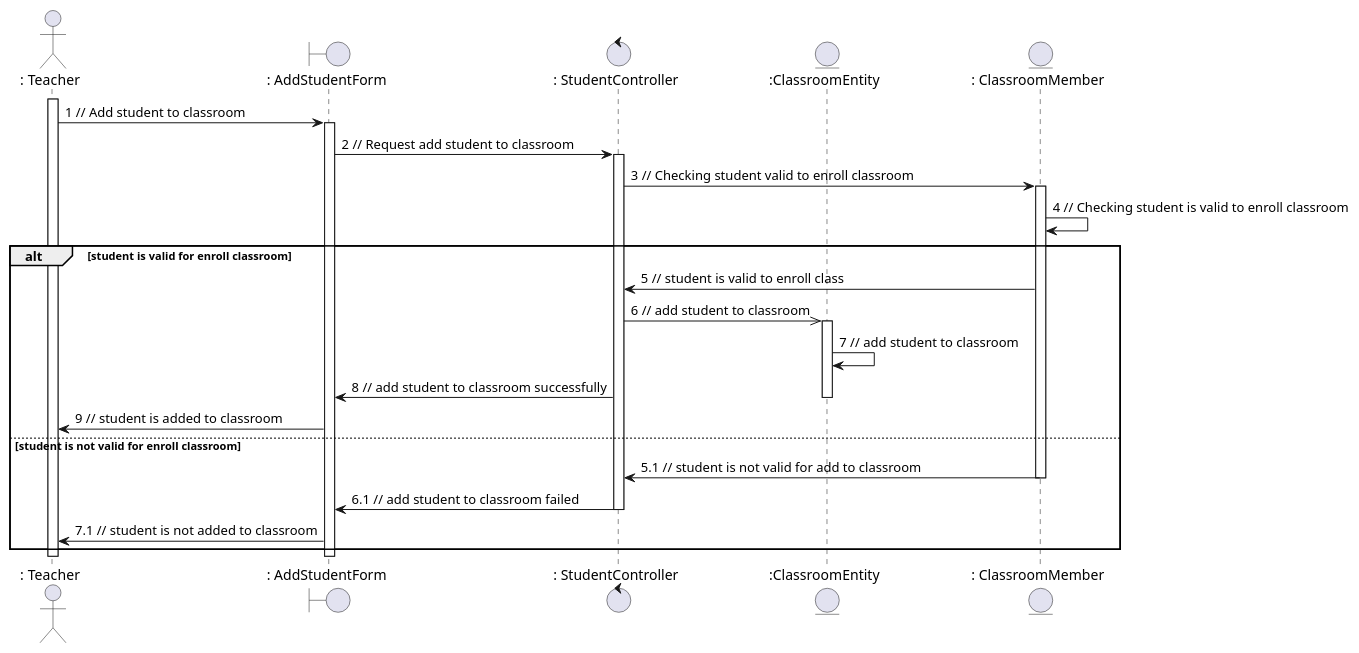
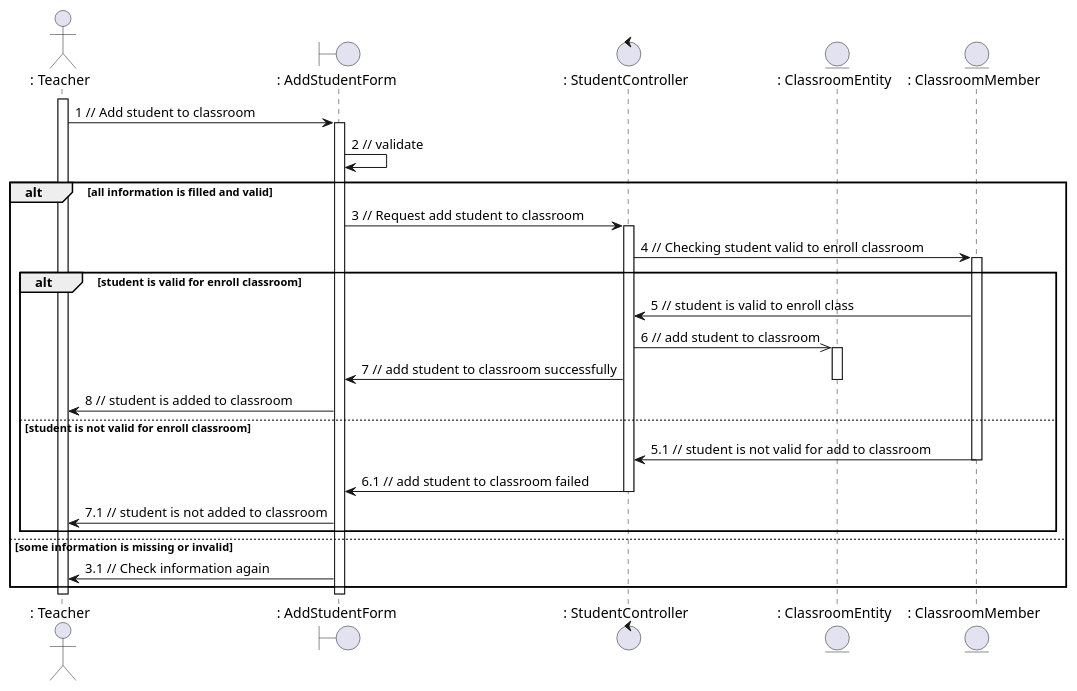
Before and after one commit to anonyhostvn/OOAD-Diagram: the diagram in sequence - analaysis/student /addStudent.plantuml, drawn with PlantUML. The commit also changed 13 other files, not shown here.

```diff
--- a/sequence - analaysis/student /addStudent.plantuml
+++ b/sequence - analaysis/student /addStudent.plantuml
@@ -1,37 +1,40 @@
 @startuml addStudent
 
 actor ": Teacher"
 boundary ": AddStudentForm"
 control ": StudentController"
-entity ":ClassroomEntity"
+entity ": ClassroomEntity"
 entity ": ClassroomMember"
 
 activate ": Teacher"
 ": Teacher" -> ": AddStudentForm": 1 // Add student to classroom
 activate ": AddStudentForm"
-": AddStudentForm" -> ": StudentController": 2 // Request add student to classroom
-activate ": StudentController"
-": StudentController" -> ": ClassroomMember": 3 // Checking student valid to enroll classroom
-activate ": ClassroomMember"
-": ClassroomMember" -> ": ClassroomMember": 4 // Checking student is valid to enroll classroom
-alt student is valid for enroll classroom
-    ": ClassroomMember" -> ": StudentController": 5 // student is valid to enroll class
-    ": StudentController" ->> ":ClassroomEntity": 6 // add student to classroom
-    activate ":ClassroomEntity" 
-    ":ClassroomEntity" -> ":ClassroomEntity": 7 // add student to classroom
-    ": StudentController" -> ": AddStudentForm": 8 // add student to classroom successfully
-    deactivate ":ClassroomEntity"
-    ": AddStudentForm" -> ": Teacher": 9 // student is added to classroom
+": AddStudentForm" -> ": AddStudentForm": 2 // validate 
+alt all information is filled and valid
+    ": AddStudentForm" -> ": StudentController": 3 // Request add student to classroom
+    activate ": StudentController"
+    ": StudentController" -> ": ClassroomMember": 4 // Checking student valid to enroll classroom
+    activate ": ClassroomMember"
+    alt student is valid for enroll classroom
+        ": ClassroomMember" -> ": StudentController": 5 // student is valid to enroll class
+        ": StudentController" ->> ": ClassroomEntity": 6 // add student to classroom
+        activate ": ClassroomEntity" 
+        ": StudentController" -> ": AddStudentForm": 7 // add student to classroom successfully
+        deactivate ": ClassroomEntity"
+        ": AddStudentForm" -> ": Teacher": 8 // student is added to classroom
 
-else student is not valid for enroll classroom
-    ": ClassroomMember" -> ": StudentController": 5.1 // student is not valid for add to classroom
-    deactivate ": ClassroomMember"
-    ": StudentController" -> ": AddStudentForm": 6.1 // add student to classroom failed
-    deactivate ": StudentController"
-    ": AddStudentForm" -> ": Teacher": 7.1 // student is not added to classroom
+    else student is not valid for enroll classroom
+        ": ClassroomMember" -> ": StudentController": 5.1 // student is not valid for add to classroom
+        deactivate ": ClassroomMember"
+        ": StudentController" -> ": AddStudentForm": 6.1 // add student to classroom failed
+        deactivate ": StudentController"
+        ": AddStudentForm" -> ": Teacher": 7.1 // student is not added to classroom
+    end
+else some information is missing or invalid
+   ": AddStudentForm" -> ": Teacher": 3.1 // Check information again 
 end
 
 deactivate ": AddStudentForm"
 deactivate ": Teacher"
 
 @enduml
```
